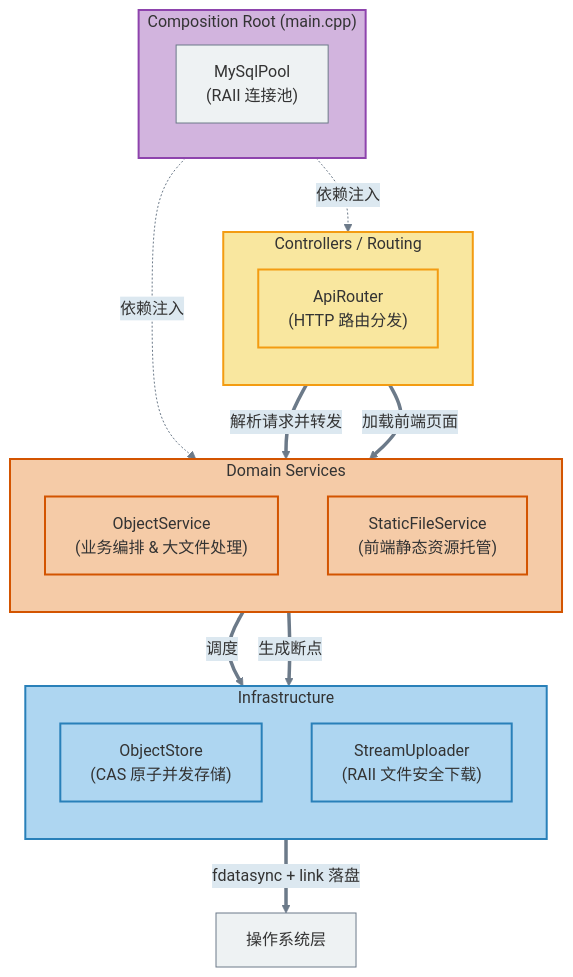
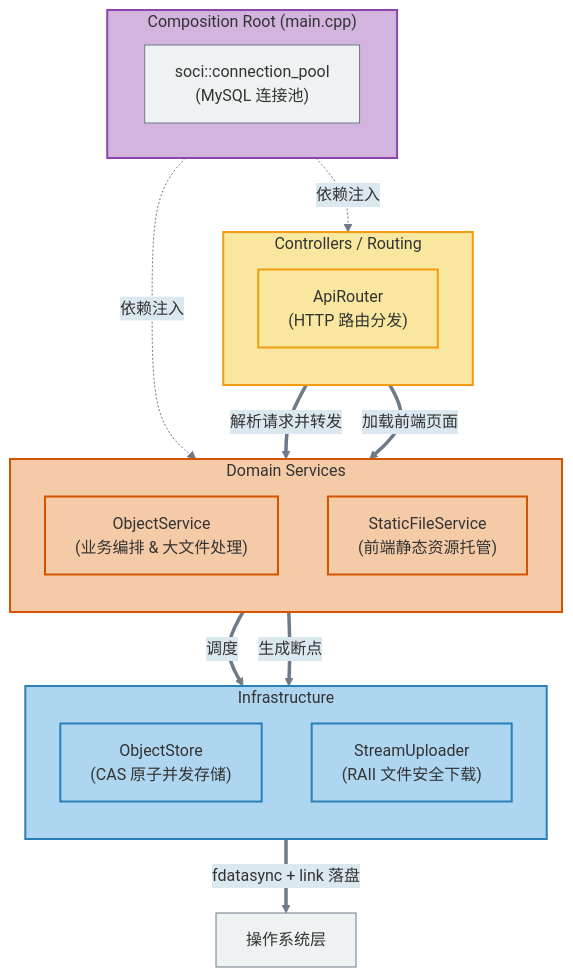
Before and after one commit to WenXingming/FileLink: the diagram in README.md, drawn with Mermaid. The commit also changed other lines of this file and 12 other files, not shown here.

Commit message:
Refactor：使用 SOCI + libmysqlclient 作为 MySQL Client，因为：1. C++ 风格，无需参与 C API 的复杂 SQL 语句的参数绑定  2. 提供连接生命周期、连接池和事务。

````diff
--- a/README.md
+++ b/README.md
@@ -90,57 +90,57 @@
 ```mermaid
 %%{init: {
   "theme": "base",
   "themeVariables": {
     "fontFamily": "Inter, Helvetica, sans-serif",
     "fontSize": "16px",
     "primaryColor": "#eef2f3",
     "primaryTextColor": "#333",
     "primaryBorderColor": "#6c7a89",
     "lineColor": "#6c7a89",
     "secondaryColor": "#dce8f0",
     "tertiaryColor": "#fdfdfd"
   }
 }}%%
 
 flowchart TD
   classDef appLayer fill:#f9e79f,stroke:#f39c12,stroke-width:2px,color:#333
   classDef httpLayer fill:#f5cba7,stroke:#d35400,stroke-width:2px,color:#333
   classDef tcpLayer fill:#aed6f1,stroke:#2980b9,stroke-width:2px,color:#333
   classDef reactorLayer fill:#abebc6,stroke:#27ae60,stroke-width:2px,color:#333
   classDef osLayer fill:#d2b4de,stroke:#8e44ad,stroke-width:2px,color:#333
 
   subgraph DI ["Composition Root (main.cpp)"]
     direction LR
-    MySqlPool["MySqlPool\n(RAII 连接池)"]
+    DatabasePool["soci::connection_pool\n(MySQL 连接池)"]
   end
 
   subgraph Controllers ["Controllers / Routing"]
     direction TB
     ApiRouter["ApiRouter\n(HTTP 路由分发)"]
   end
 
   subgraph Services ["Domain Services"]
     direction TB
     ObjectSrv["ObjectService\n(业务编排 & 大文件处理)"]
     StaticSrv["StaticFileService\n(前端静态资源托管)"]
   end
 
   subgraph Infrastructure ["Infrastructure"]
     direction TB
     ObjectStore["ObjectStore\n(CAS 原子并发存储)"]
     StreamUpl["StreamUploader\n(RAII 文件安全下载)"]
   end
 
   DI -.->|依赖注入| ApiRouter
   DI -.->|依赖注入| ObjectSrv
   ApiRouter ==>|解析请求并转发| ObjectSrv
   ApiRouter ==>|加载前端页面| StaticSrv
   ObjectSrv ==>|调度| ObjectStore
   ObjectSrv ==>|生成断点| StreamUpl
   ObjectStore ==>|fdatasync + link 落盘| OS["操作系统层"]
 
   class Controllers,ApiRouter appLayer
   class Services,ObjectSrv,StaticSrv httpLayer
   class Infrastructure,ObjectStore,StreamUpl tcpLayer
   class DI osLayer
 ```
````
